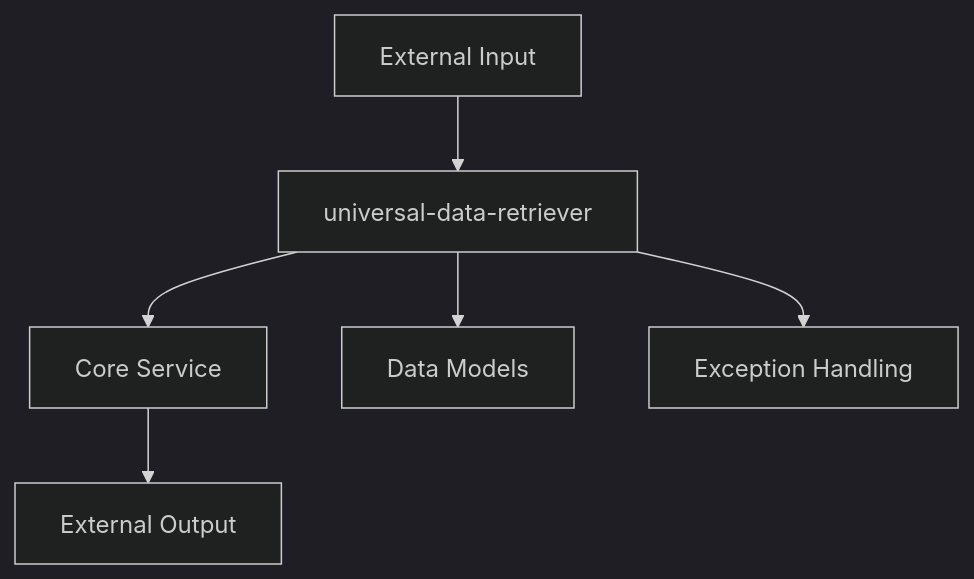
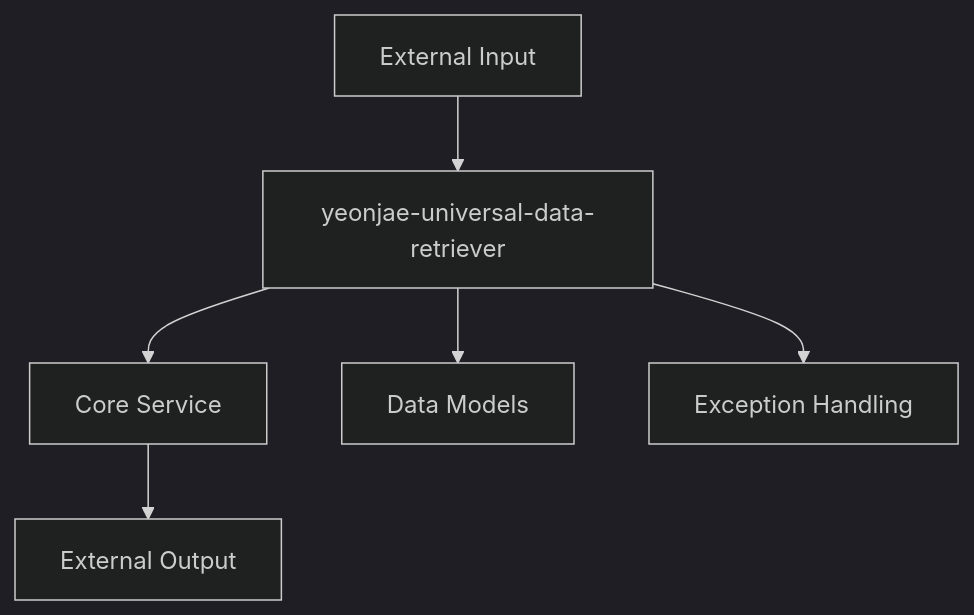
Before and after one commit to yeonjae-work/universal-modules: the first of 4 diagrams in packages/yeonjae-universal-data-retriever/docs/technical-specification.md, drawn with Mermaid (dark theme). The commit also changed other lines of this file and 11 other files, not shown here.

````diff
--- a/packages/yeonjae-universal-data-retriever/docs/technical-specification.md
+++ b/packages/yeonjae-universal-data-retriever/docs/technical-specification.md
@@ -23,8 +23,8 @@
 ```mermaid
 graph TB
-    A[External Input] --> B[universal-data-retriever]
+    A[External Input] --> B[yeonjae-universal-data-retriever]
     B --> C[Core Service]
     B --> D[Data Models]
     B --> E[Exception Handling]
     C --> F[External Output]
 ```
````
